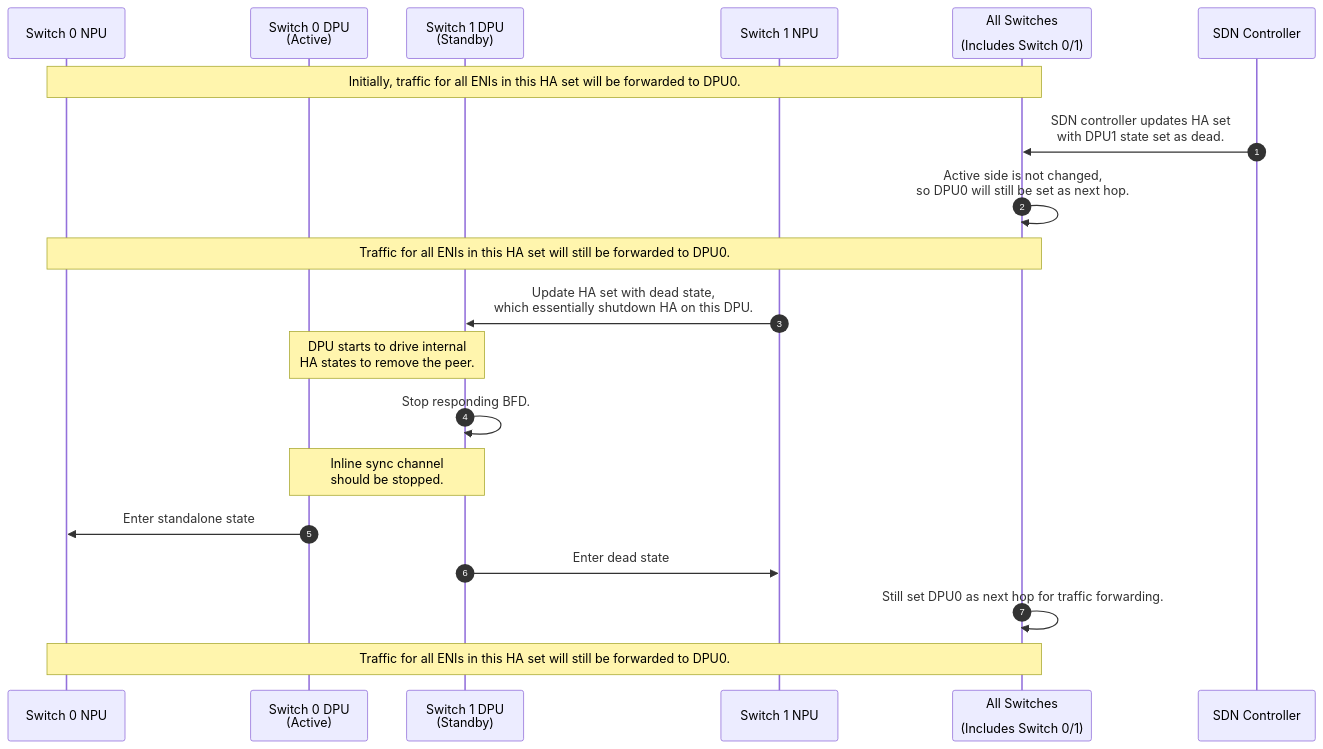
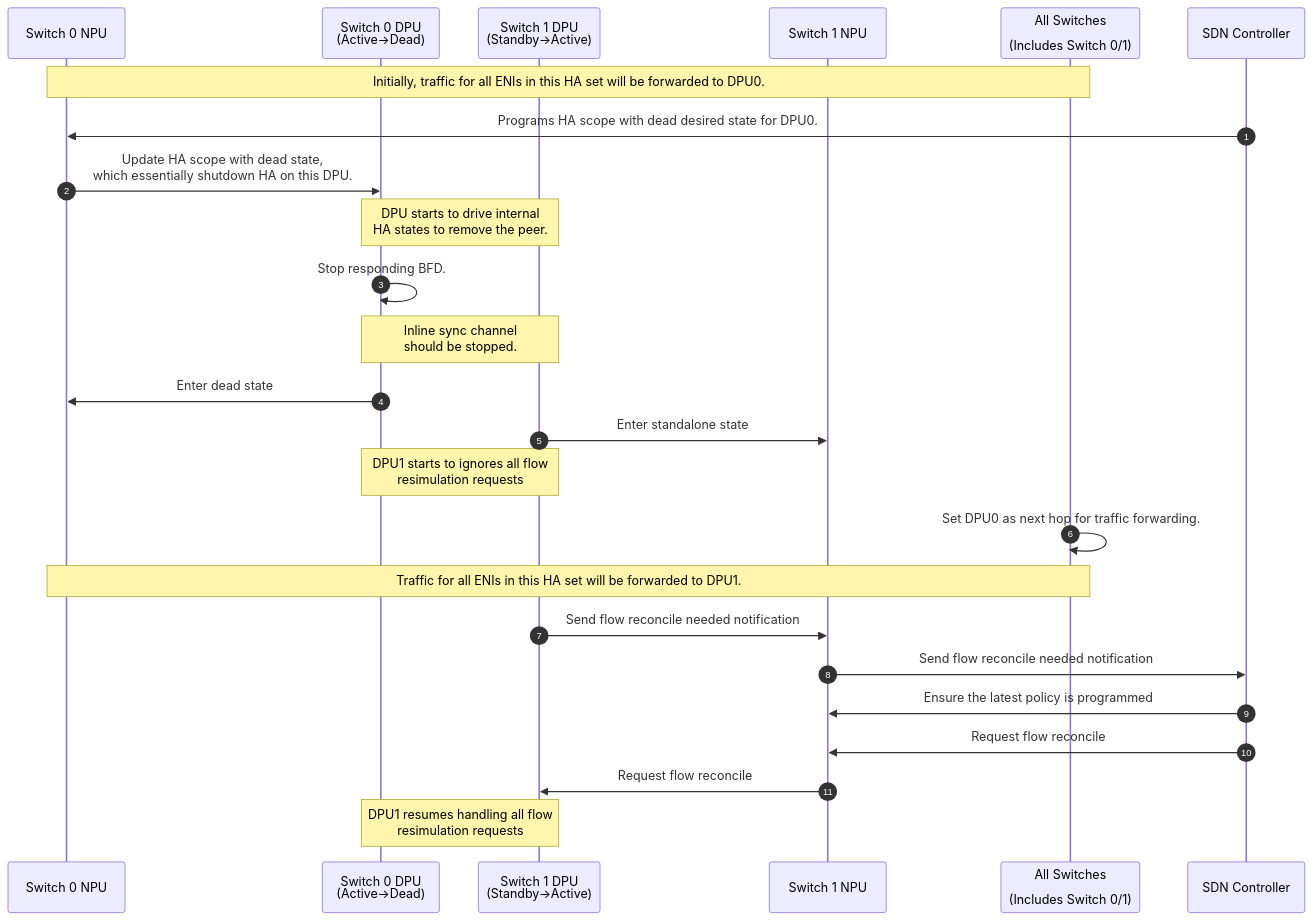
One commit to sonic-net/SONiC changed the third of 4 diagrams in doc/smart-switch/high-availability/smart-switch-ha-dpu-scope-dpu-driven-setup.md. Above: the diagram before and after it, drawn with Mermaid. The commit also changed other lines of this file and 1 other file, not shown here.

Commit message:
Unify the shutdown and switchover process.

````diff
--- a/doc/smart-switch/high-availability/smart-switch-ha-dpu-scope-dpu-driven-setup.md
+++ b/doc/smart-switch/high-availability/smart-switch-ha-dpu-scope-dpu-driven-setup.md
@@ -232,28 +231,34 @@
 ```mermaid
 sequenceDiagram
    autonumber
 
    participant S0N as Switch 0 NPU
-   participant S0D as Switch 0 DPU<br>(Active)
-   participant S1D as Switch 1 DPU<br>(Standby)
+   participant S0D as Switch 0 DPU<br>(Active->Dead)
+   participant S1D as Switch 1 DPU<br>(Standby->Active)
    participant S1N as Switch 1 NPU
    participant SA as All Switches<br><br>(Includes Switch 0/1)
    participant SDN as SDN Controller
 
    Note over S0N,SA: Initially, traffic for all ENIs in this HA set will be forwarded to DPU0.
 
-   SDN->>SA: SDN controller updates HA set<br>with DPU1 state set as dead.
-   SA->>SA: Active side is not changed,<br>so DPU0 will still be set as next hop.
-   Note over S0N,SA: Traffic for all ENIs in this HA set will still be forwarded to DPU0.
+   SDN->>S0N: Programs HA scope with dead desired state for DPU0.
+   S0N->>S0D: Update HA scope with dead state,<br>which essentially shutdown HA on this DPU.
 
-   S1N->>S1D: Update HA set with dead state,<br>which essentially shutdown HA on this DPU.
    Note over S0D,S1D: DPU starts to drive internal<br>HA states to remove the peer.
-   S1D->>S1D: Stop responding BFD.
+   S0D->>S0D: Stop responding BFD.
    Note over S0D,S1D: Inline sync channel<br>should be stopped.
 
-   S0D->>S0N: Enter standalone state
-   S1D->>S1N: Enter dead state
-   SA->>SA: Still set DPU0 as next hop for traffic forwarding.
+   S0D->>S0N: Enter dead state
+   S1D->>S1N: Enter standalone state
+   Note over S0D,S1D: DPU1 starts to ignores all flow<br>resimulation requests
 
-   Note over S0N,SA: Traffic for all ENIs in this HA set will still be forwarded to DPU0.
+   SA->>SA: Set DPU0 as next hop for traffic forwarding.
+   Note over S0N,SA: Traffic for all ENIs in this HA set will be forwarded to DPU1.
+
+   S1D->>S1N: Send flow reconcile needed notification
+   S1N->>SDN: Send flow reconcile needed notification
+   SDN->>S1N: Ensure the latest policy is programmed
+   SDN->>S1N: Request flow reconcile
+   S1N->>S1D: Request flow reconcile
+   Note over S0D,S1D: DPU1 resumes handling all flow<br>resimulation requests
 ```
````
